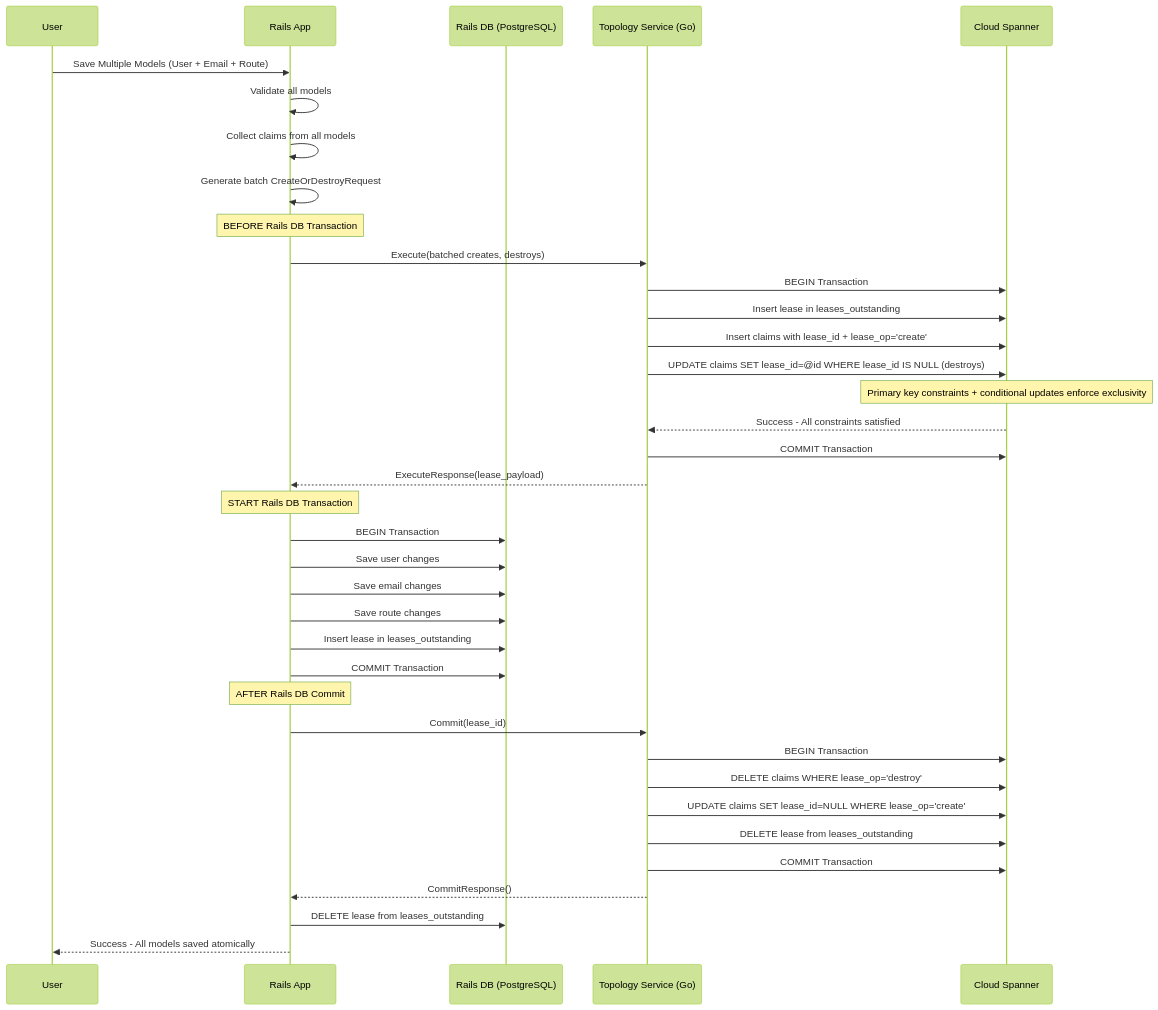
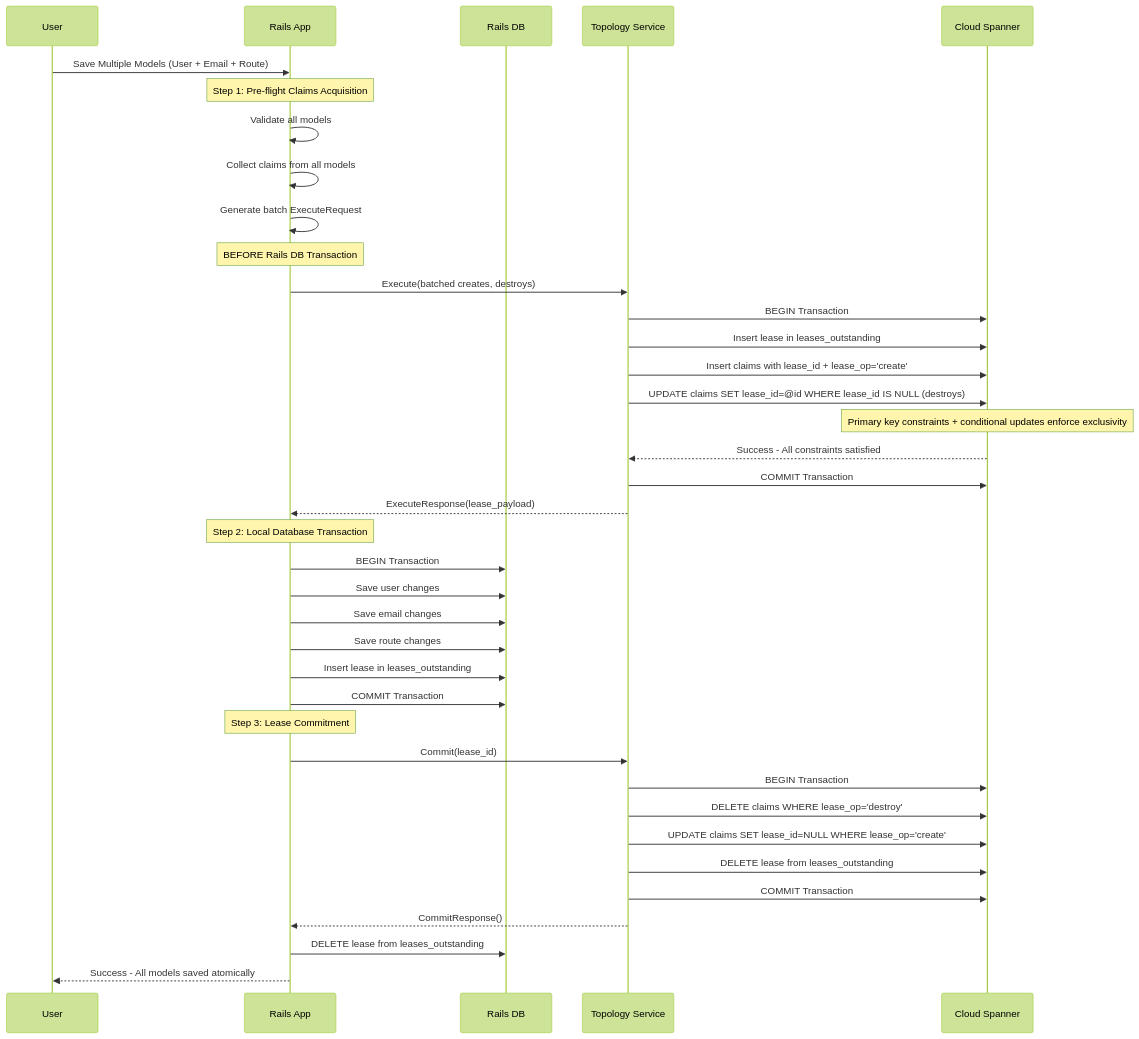
Before and after one commit to zalyoung/gitlab-handbook: the first of 9 diagrams in content/handbook/engineering/architecture/design-documents/cells/topology_service_transactional_behavior.md, drawn with Mermaid (forest theme). The commit also changed other lines of this file, not shown here.

````diff
--- a/content/handbook/engineering/architecture/design-documents/cells/topology_service_transactional_behavior.md
+++ b/content/handbook/engineering/architecture/design-documents/cells/topology_service_transactional_behavior.md
@@ -532,47 +100,48 @@
 ```mermaid
 sequenceDiagram
     participant User
     participant Rails as Rails App
-    participant RailsDB as Rails DB (PostgreSQL)
-    participant TopologyService as Topology Service (Go)
+    participant RailsDB as Rails DB
+    participant TopologyService as Topology Service
     participant CloudSpanner as Cloud Spanner
 
     User->>Rails: Save Multiple Models (User + Email + Route)
+    Note over Rails: Step 1: Pre-flight Claims Acquisition
     Rails->>Rails: Validate all models
     Rails->>Rails: Collect claims from all models
-    Rails->>Rails: Generate batch CreateOrDestroyRequest
+    Rails->>Rails: Generate batch ExecuteRequest
     
     Note over Rails: BEFORE Rails DB Transaction
     Rails->>TopologyService: Execute(batched creates, destroys)
     
     TopologyService->>CloudSpanner: BEGIN Transaction
     TopologyService->>CloudSpanner: Insert lease in leases_outstanding
     TopologyService->>CloudSpanner: Insert claims with lease_id + lease_op='create'
     TopologyService->>CloudSpanner: UPDATE claims SET lease_id=@id WHERE lease_id IS NULL (destroys)
     Note over CloudSpanner: Primary key constraints + conditional updates enforce exclusivity
     CloudSpanner-->>TopologyService: Success - All constraints satisfied
     TopologyService->>CloudSpanner: COMMIT Transaction
     
     TopologyService-->>Rails: ExecuteResponse(lease_payload)
     
-    Note over Rails: START Rails DB Transaction
+    Note over Rails: Step 2: Local Database Transaction
     Rails->>RailsDB: BEGIN Transaction
     Rails->>RailsDB: Save user changes
     Rails->>RailsDB: Save email changes
     Rails->>RailsDB: Save route changes
     Rails->>RailsDB: Insert lease in leases_outstanding
     Rails->>RailsDB: COMMIT Transaction
     
-    Note over Rails: AFTER Rails DB Commit
+    Note over Rails: Step 3: Lease Commitment
     Rails->>TopologyService: Commit(lease_id)
     
     TopologyService->>CloudSpanner: BEGIN Transaction
     TopologyService->>CloudSpanner: DELETE claims WHERE lease_op='destroy'
     TopologyService->>CloudSpanner: UPDATE claims SET lease_id=NULL WHERE lease_op='create'
     TopologyService->>CloudSpanner: DELETE lease from leases_outstanding
     TopologyService->>CloudSpanner: COMMIT Transaction
     
     TopologyService-->>Rails: CommitResponse()
     Rails->>RailsDB: DELETE lease from leases_outstanding
     Rails-->>User: Success - All models saved atomically
 ```
````
